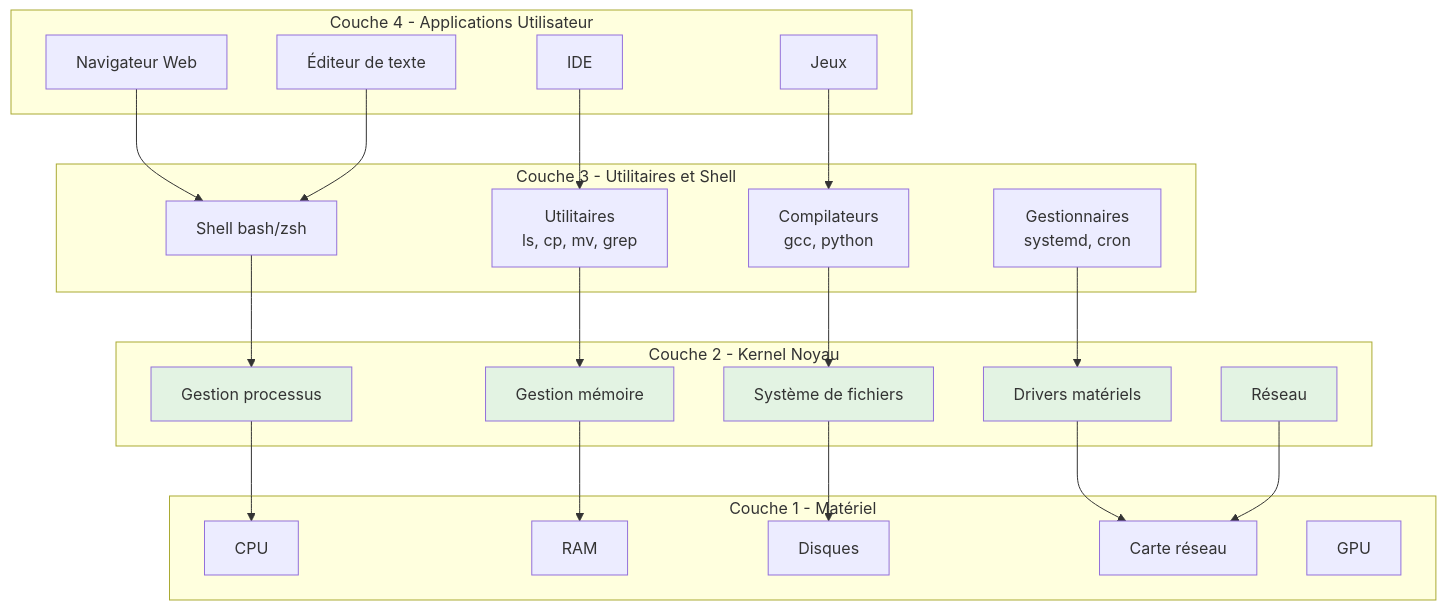
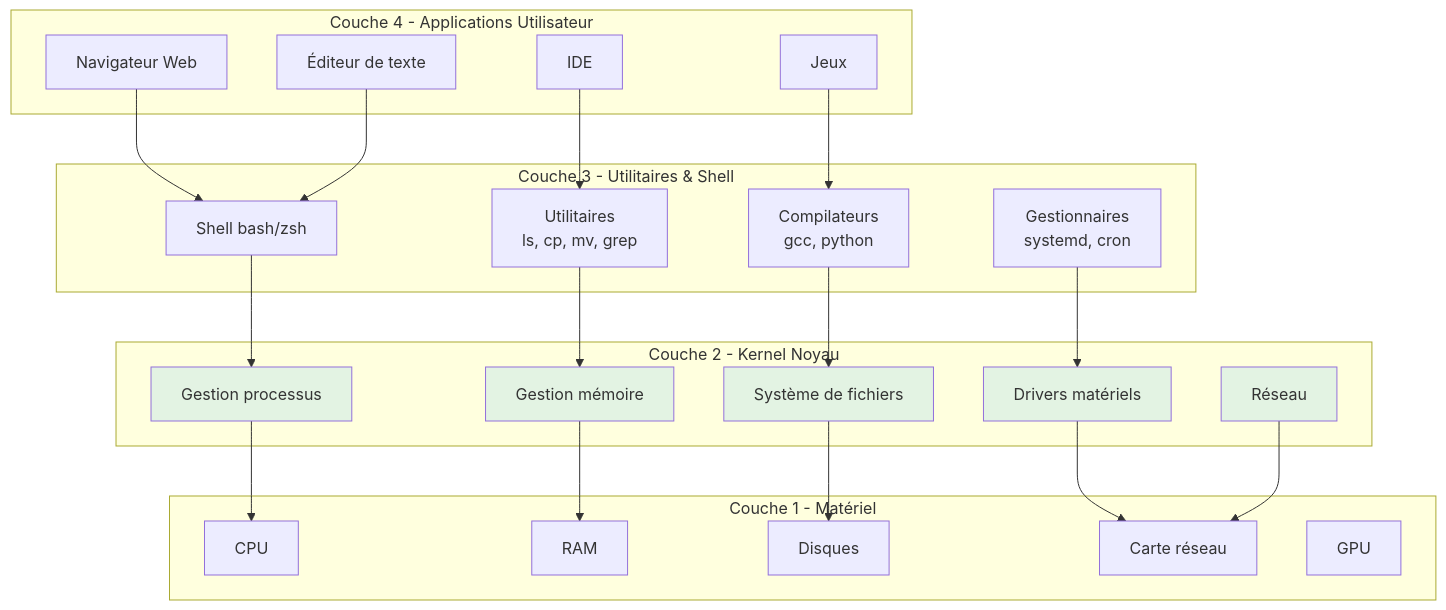
One commit to zyrass/omnydocs changed the fifth of 10 diagrams in docs/bases/concepts/architecture-unix.md. Above: the diagram before and after it, drawn with Mermaid. The commit also changed other lines of this file and 1 other file, not shown here.

Commit message:
feat: add content to apt file and update architecture content file

````diff
--- a/docs/bases/concepts/architecture-unix.md
+++ b/docs/bases/concepts/architecture-unix.md
@@ -170,54 +223,54 @@
 ```mermaid
 graph TB
     subgraph "Couche 4 - Applications Utilisateur"
         A1[Navigateur Web]
         A2[Éditeur de texte]
         A3[IDE]
         A4[Jeux]
     end
     
-    subgraph "Couche 3 - Utilitaires et Shell"
+    subgraph "Couche 3 - Utilitaires & Shell"
         B1[Shell bash/zsh]
         B2[Utilitaires<br/>ls, cp, mv, grep]
         B3[Compilateurs<br/>gcc, python]
         B4[Gestionnaires<br/>systemd, cron]
     end
     
     subgraph "Couche 2 - Kernel Noyau"
         C1[Gestion processus]
         C2[Gestion mémoire]
         C3[Système de fichiers]
         C4[Drivers matériels]
         C5[Réseau]
     end
     
     subgraph "Couche 1 - Matériel"
         D1[CPU]
         D2[RAM]
         D3[Disques]
         D4[Carte réseau]
         D5[GPU]
     end
     
     A1 --> B1
     A2 --> B1
     A3 --> B2
     A4 --> B3
     
     B1 --> C1
     B2 --> C2
     B3 --> C3
     B4 --> C4
     
     C1 --> D1
     C2 --> D2
     C3 --> D3
     C4 --> D4
     C5 --> D4
     
     style C1 fill:#e3f3e3
     style C2 fill:#e3f3e3
     style C3 fill:#e3f3e3
     style C4 fill:#e3f3e3
     style C5 fill:#e3f3e3
 ```
````
